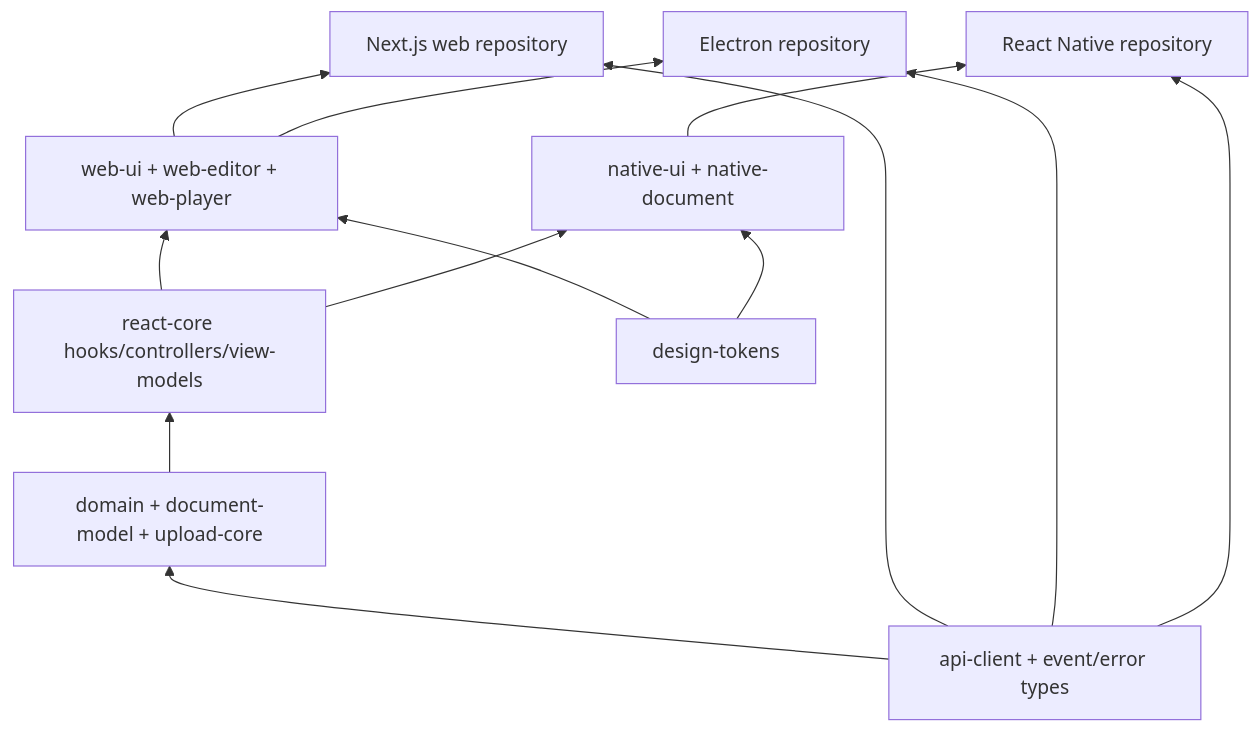
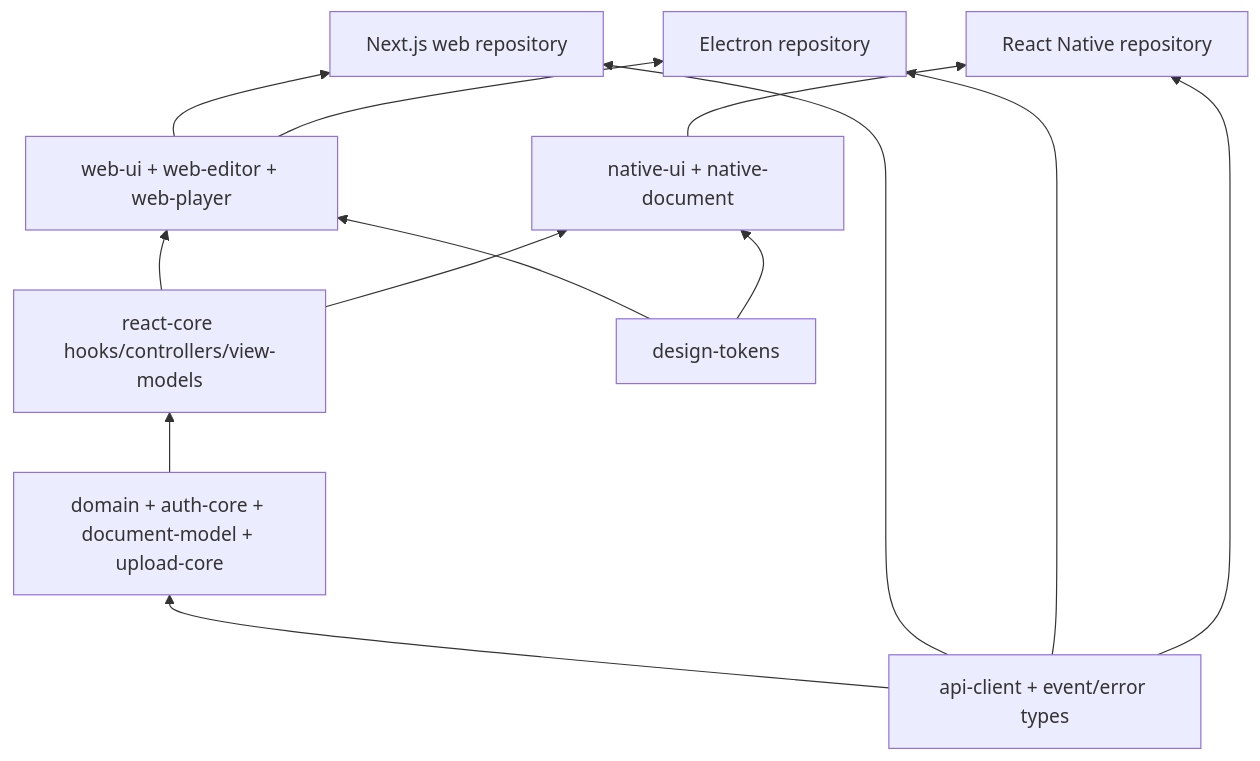
The second of 4 diagrams in TRD.md (dev-hans-programmer/ai-study-notes-creator-from-video-control-plane), drawn with Mermaid before and after one commit. The commit also changed other lines of this file and 8 other files, not shown here.

````diff
--- a/TRD.md
+++ b/TRD.md
@@ -476,15 +495,15 @@
 ```mermaid
 flowchart BT
-    CONTRACTS[api-client + event/error types] --> CORE[domain + document-model + upload-core]
+    CONTRACTS[api-client + event/error types] --> CORE[domain + auth-core + document-model + upload-core]
     CORE --> REACTCORE[react-core hooks/controllers/view-models]
     TOKENS[design-tokens] --> WEBUI[web-ui + web-editor + web-player]
     TOKENS --> NATIVEUI[native-ui + native-document]
     REACTCORE --> WEBUI
     REACTCORE --> NATIVEUI
     WEBUI --> WEBAPP[Next.js web repository]
     WEBUI --> DESKTOPAPP[Electron repository]
     NATIVEUI --> MOBILEAPP[React Native repository]
     CONTRACTS --> WEBAPP
     CONTRACTS --> DESKTOPAPP
     CONTRACTS --> MOBILEAPP
 ```
````
